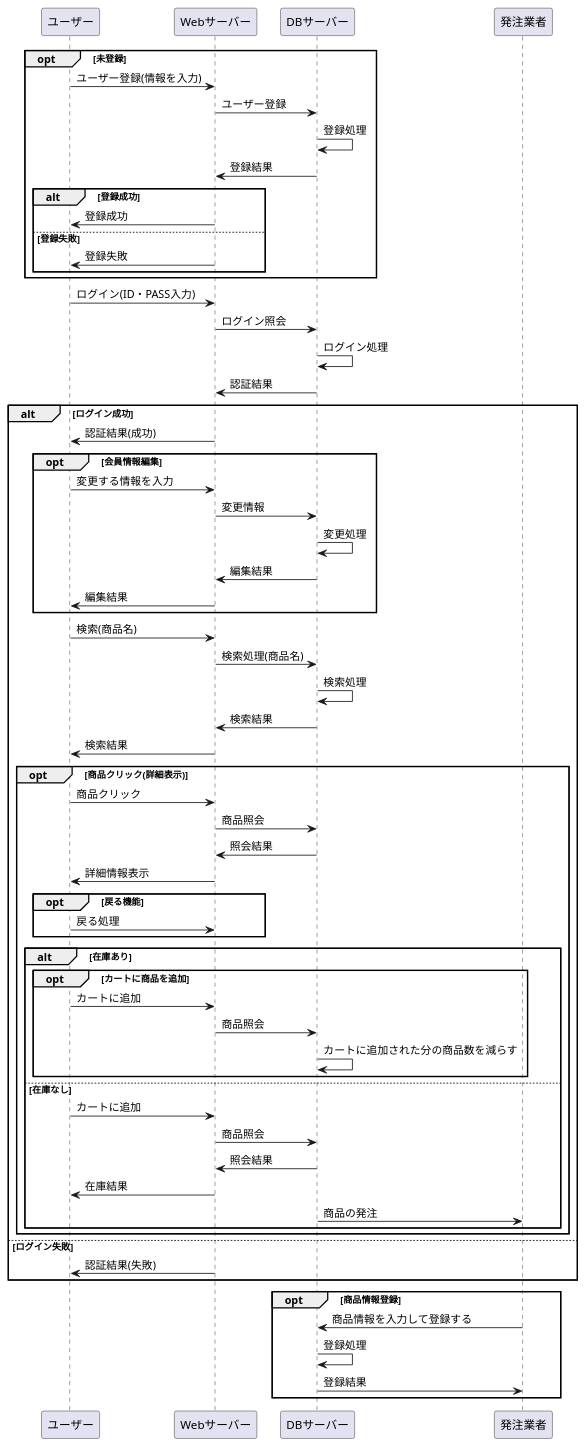
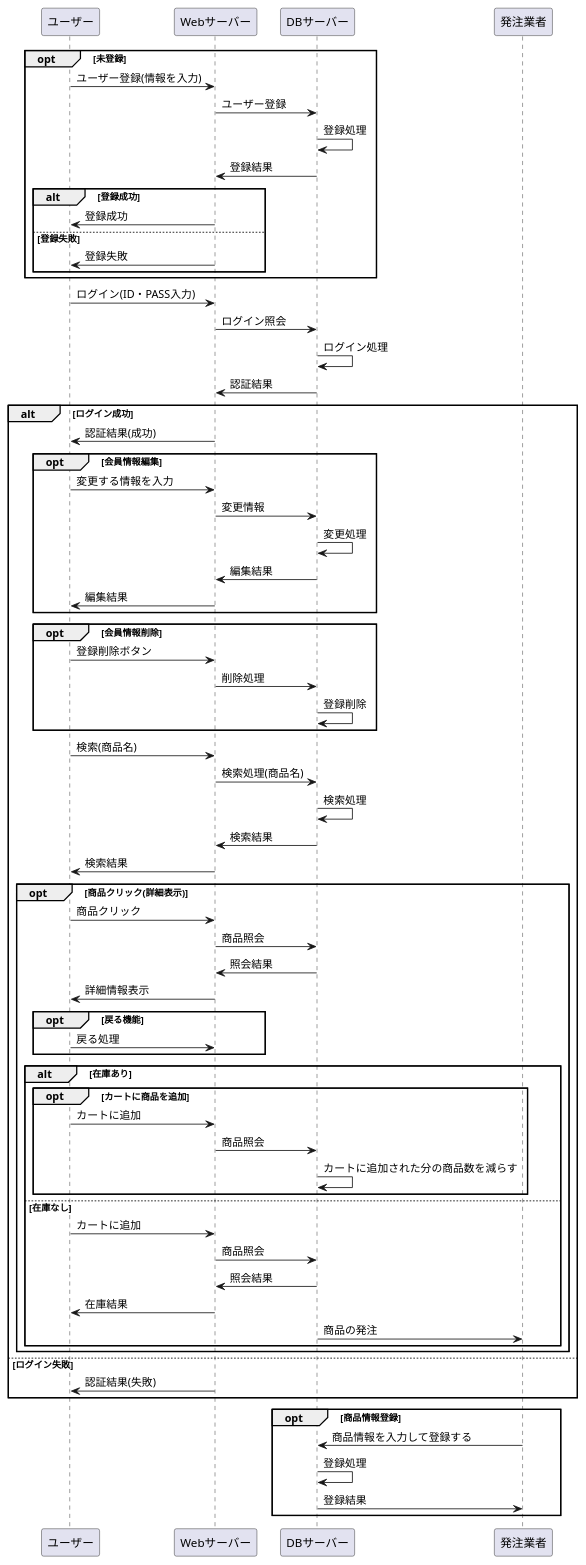
Before and after one commit to Aso2001154/2021sys-design: the diagram in cookjob.md, drawn with PlantUML.

````diff
--- a/cookjob.md
+++ b/cookjob.md
@@ -1,69 +1,74 @@
 ```uml
 @startuml
 opt 未登録
 ユーザー -> Webサーバー : ユーザー登録(情報を入力)
 Webサーバー -> DBサーバー : ユーザー登録
 DBサーバー -> DBサーバー : 登録処理
 DBサーバー -> Webサーバー : 登録結果
 
 alt 登録成功
 Webサーバー -> ユーザー : 登録成功
 else 登録失敗
 Webサーバー -> ユーザー : 登録失敗
 end
 end
 
 ユーザー -> Webサーバー : ログイン(ID・PASS入力)
 Webサーバー -> DBサーバー : ログイン照会
 DBサーバー -> DBサーバー : ログイン処理
 DBサーバー -> Webサーバー : 認証結果
 
 alt ログイン成功
 Webサーバー -> ユーザー : 認証結果(成功)
 
 opt 会員情報編集
 ユーザー -> Webサーバー : 変更する情報を入力
 Webサーバー -> DBサーバー :変更情報
 DBサーバー -> DBサーバー : 変更処理
 DBサーバー -> Webサーバー : 編集結果
 Webサーバー -> ユーザー : 編集結果
 end
 
+opt 会員情報削除
+ユーザー -> Webサーバー : 登録削除ボタン
+Webサーバー -> DBサーバー : 削除処理
+DBサーバー-> DBサーバー : 登録削除
+end
 ユーザー -> Webサーバー : 検索(商品名)
 Webサーバー -> DBサーバー : 検索処理(商品名)
 DBサーバー -> DBサーバー : 検索処理
 DBサーバー -> Webサーバー : 検索結果
 Webサーバー -> ユーザー : 検索結果
 
 opt 商品クリック(詳細表示)
 ユーザー -> Webサーバー : 商品クリック
 Webサーバー -> DBサーバー : 商品照会
 DBサーバー -> Webサーバー : 照会結果
 Webサーバー -> ユーザー : 詳細情報表示
 opt 戻る機能
 ユーザー -> Webサーバー : 戻る処理
 end
 alt 在庫あり
 opt カートに商品を追加
 ユーザー -> Webサーバー : カートに追加
 Webサーバー -> DBサーバー : 商品照会
 DBサーバー -> DBサーバー : カートに追加された分の商品数を減らす
 end
 else 在庫なし
 ユーザー -> Webサーバー : カートに追加
 Webサーバー -> DBサーバー : 商品照会
 DBサーバー -> Webサーバー : 照会結果
 Webサーバー -> ユーザー : 在庫結果
 DBサーバー -> 発注業者 : 商品の発注
 end
 end
 else ログイン失敗
 Webサーバー -> ユーザー : 認証結果(失敗)
 end
 opt 商品情報登録
 発注業者 -> DBサーバー : 商品情報を入力して登録する
 DBサーバー -> DBサーバー : 登録処理
 DBサーバー -> 発注業者 : 登録結果
 end
 @enduml
 ```
````
